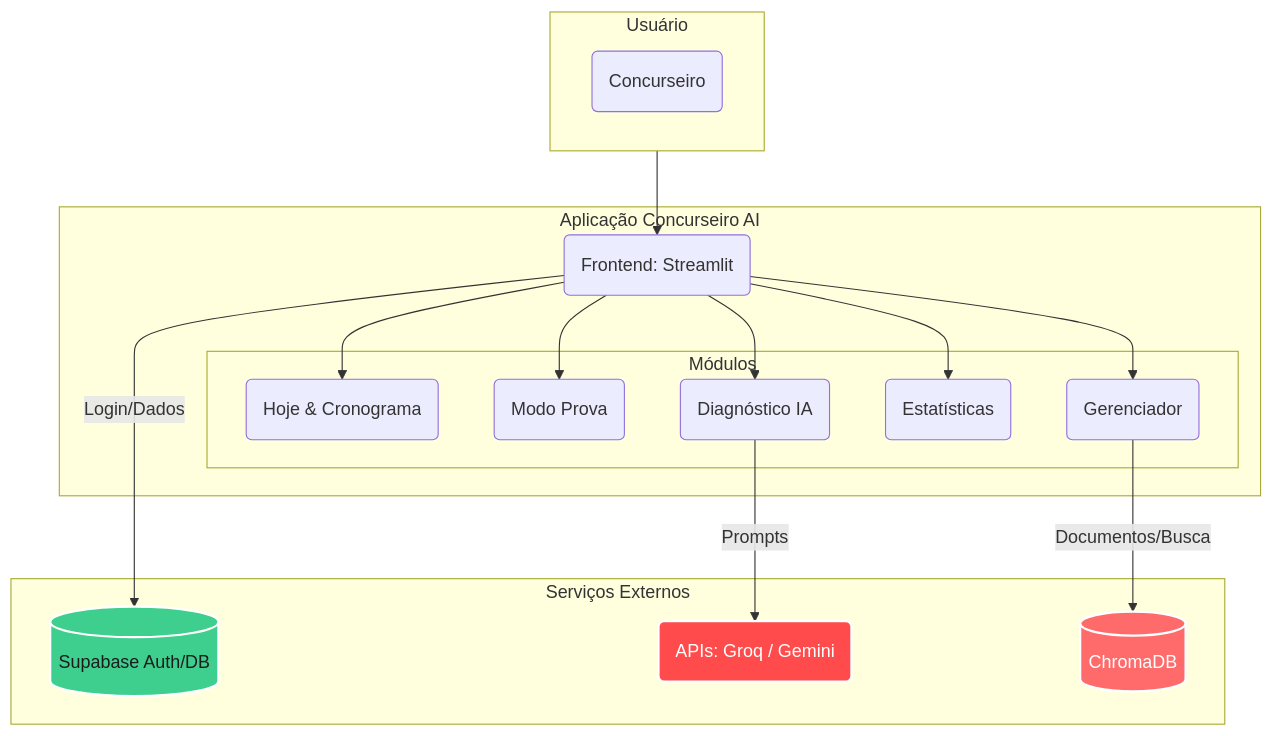
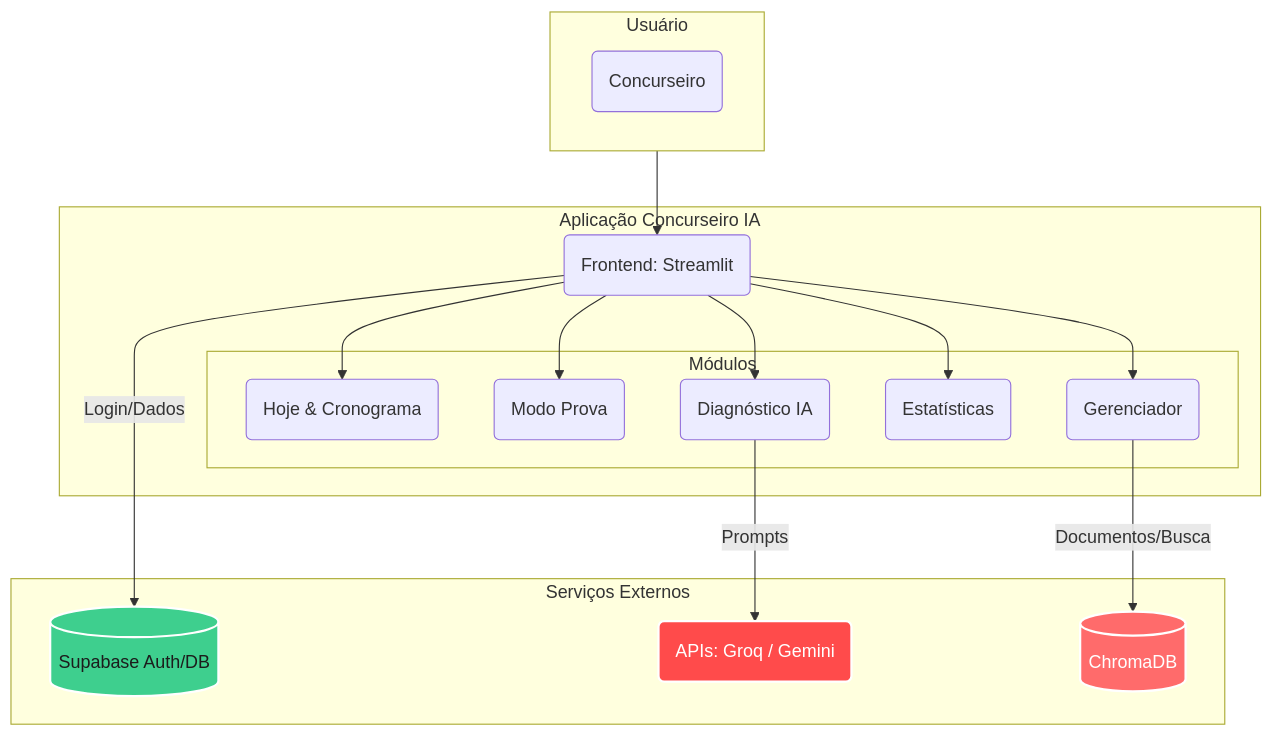
Before and after one commit to CidQueiroz/concurseiroia: the diagram in README.md, drawn with Mermaid. The commit also changed other lines of this file and 16 other files, not shown here.

````diff
--- a/README.md
+++ b/README.md
@@ -28,36 +28,36 @@
 ```mermaid
 graph TD
     subgraph "Usuário"
         direction LR
         Student(Concurseiro)
     end
 
-    subgraph "Aplicação Concurseiro AI"
+    subgraph "Aplicação Concurseiro IA"
         App(Frontend: Streamlit)
         
         subgraph "Módulos"
             Hoje(Hoje & Cronograma)
             Prova(Modo Prova)
             Diag(Diagnóstico IA)
             Stats(Estatísticas)
             Manager(Gerenciador)
         end
     end
 
     subgraph "Serviços Externos"
         Auth[(Supabase Auth/DB)]
         LLM(APIs: Groq / Gemini)
         VectorDB[(ChromaDB)]
     end
 
     Student --> App
     App --> Hoje & Prova & Diag & Stats & Manager
     
     App -- Login/Dados --> Auth
     Diag -- Prompts --> LLM
     Manager -- Documentos/Busca --> VectorDB
 
     style Auth fill:#3ECF8E,stroke:#fff,stroke-width:2px,color:#1c1c1c
     style LLM fill:#FF4B4B,stroke:#fff,stroke-width:2px,color:#fff
     style VectorDB fill:#FF6B6B,stroke:#fff,stroke-width:2px,color:#fff
 ```
````
